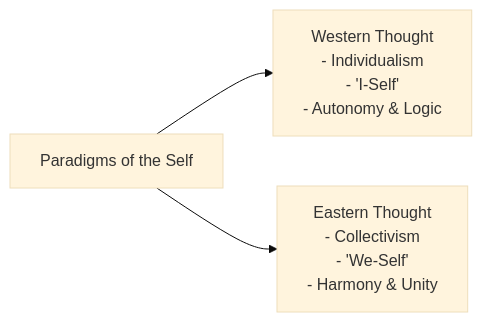
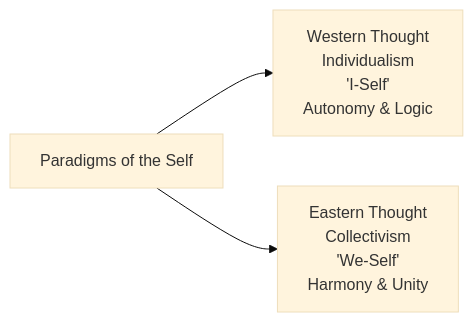
One commit to aidocmr/learn-bscs changed the first of 2 diagrams in content/Year 1/Understanding the Self/6. Western and Eastern Thoughts on Self.md. Above: the diagram before and after it, drawn with Mermaid (base theme). The commit also changed 20 other files, not shown here.

First line of the commit message:
fix: Remove markdown lists and numbered prefixes from all Mermaid diagrams

````diff
--- a/content/Year 1/Understanding the Self/6. Western and Eastern Thoughts on Self.md
+++ b/content/Year 1/Understanding the Self/6. Western and Eastern Thoughts on Self.md
@@ -10,5 +10,5 @@
 ```mermaid
 graph LR
-    SelfThought["Paradigms of the Self"] --> West["Western Thought<br/>- Individualism<br/>- 'I-Self'<br/>- Autonomy & Logic"]
-    SelfThought --> East["Eastern Thought<br/>- Collectivism<br/>- 'We-Self'<br/>- Harmony & Unity"]
+    SelfThought["Paradigms of the Self"] --> West["Western Thought<br/>Individualism<br/>'I-Self'<br/>Autonomy & Logic"]
+    SelfThought --> East["Eastern Thought<br/>Collectivism<br/>'We-Self'<br/>Harmony & Unity"]
 ```
````
